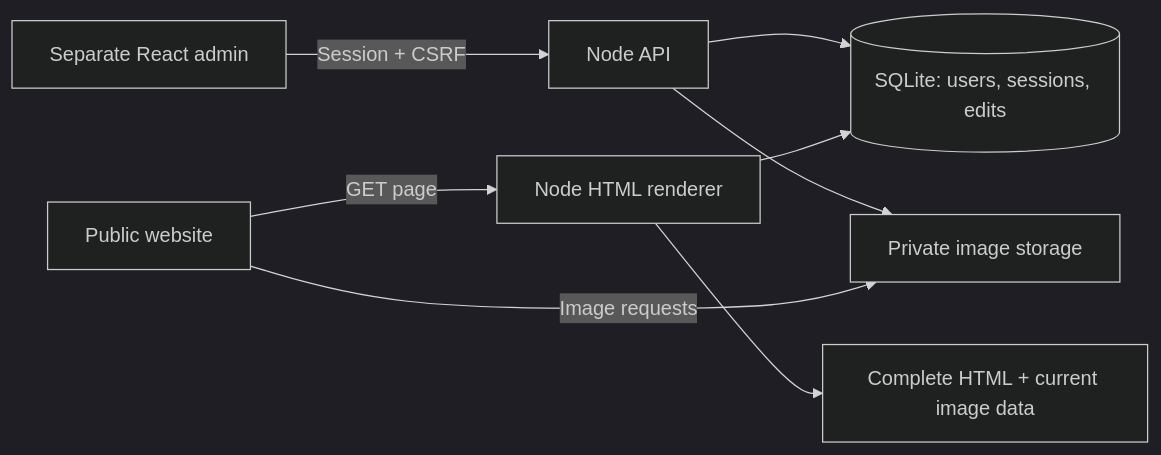
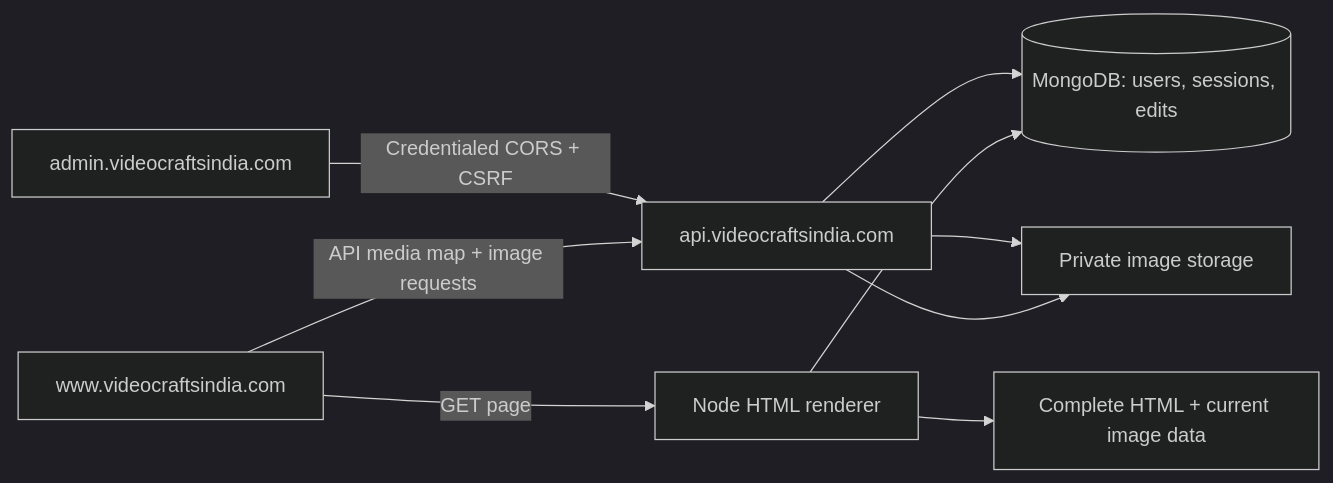
One commit to harsh-mangal/videoCraft changed the diagram in README.md. Above: the diagram before and after it, drawn with Mermaid (dark theme). The commit also changed other lines of this file and 27 other files, not shown here.

````diff
--- a/README.md
+++ b/README.md
@@ -74,10 +74,11 @@
 ```mermaid
 flowchart LR
-  Admin[Separate React admin] -->|Session + CSRF| API[Node API]
-  API --> DB[(SQLite: users, sessions, edits)]
+  Admin[admin.videocraftsindia.com] -->|Credentialed CORS + CSRF| API[api.videocraftsindia.com]
+  API --> DB[(MongoDB: users, sessions, edits)]
   API --> Files[Private image storage]
-  Browser[Public website] -->|GET page| Render[Node HTML renderer]
+  Browser[www.videocraftsindia.com] -->|GET page| Render[Node HTML renderer]
   Render --> DB
   Render --> HTML[Complete HTML + current image data]
-  Browser -->|Image requests| Files
+  Browser -->|API media map + image requests| API
+  API --> Files
 ```
````
